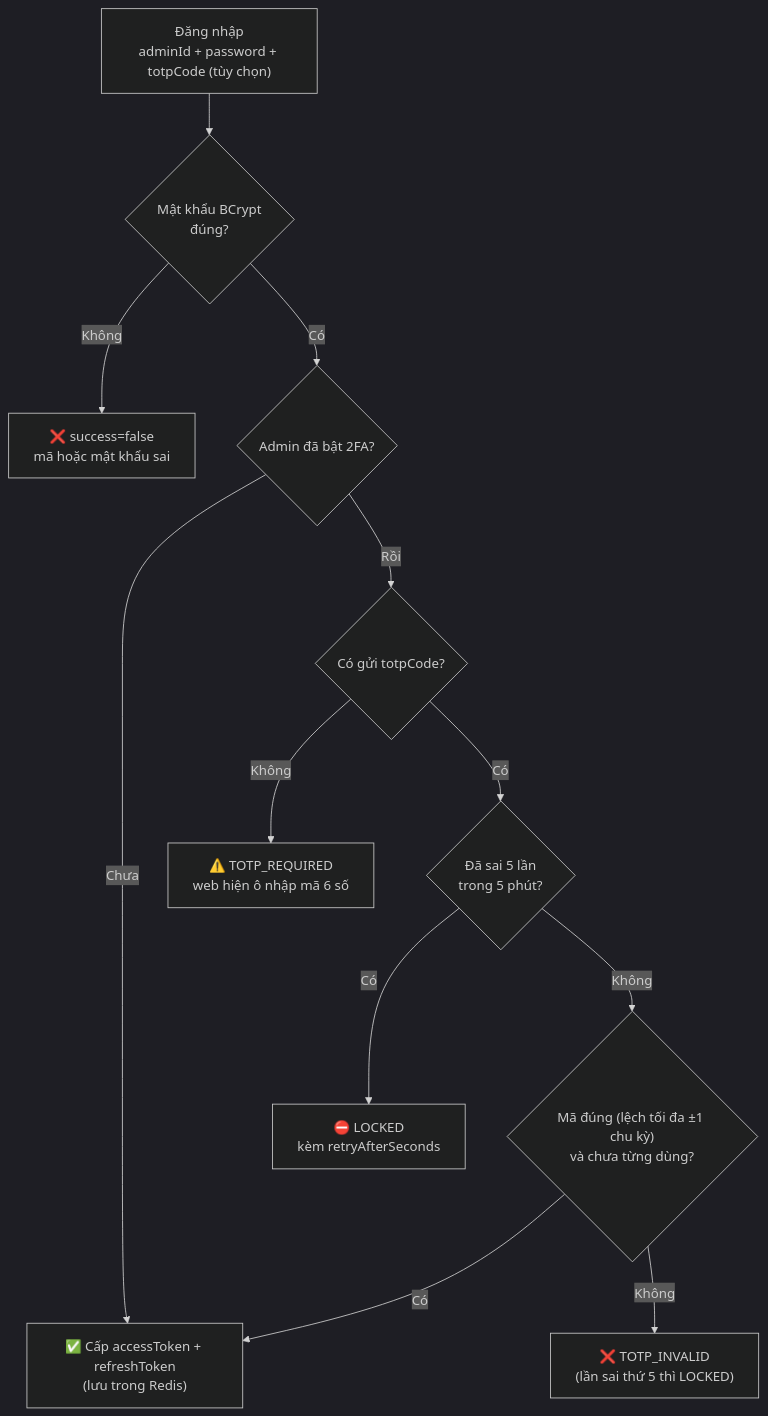
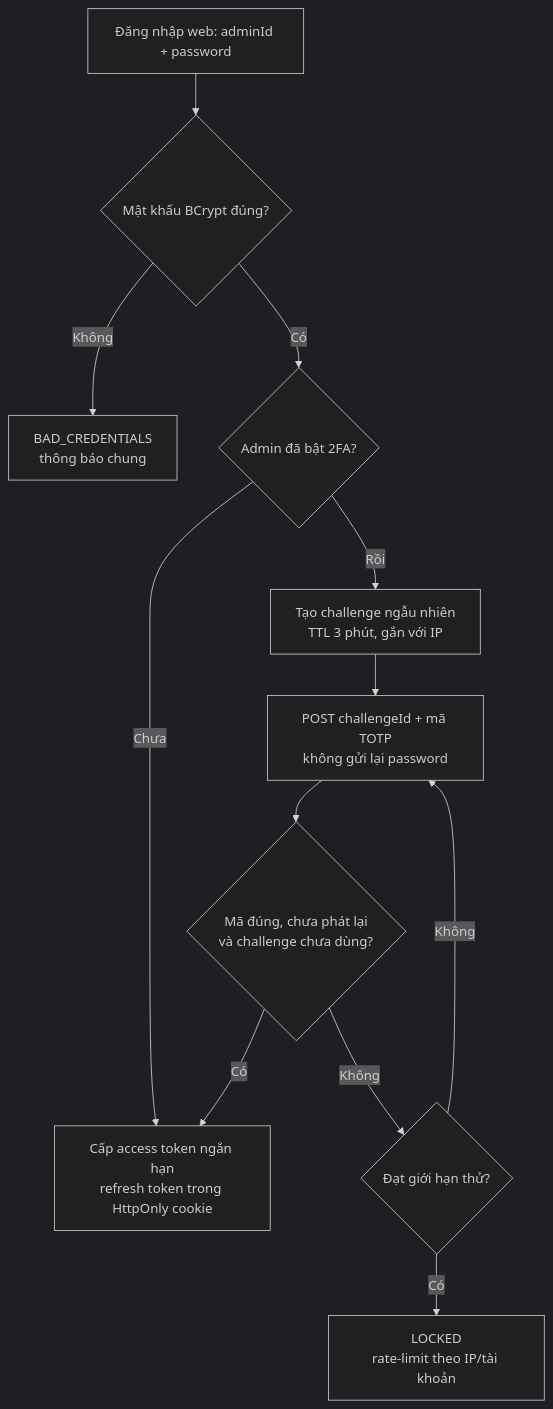
One commit to penduricha/totp-2fa-authentication changed the second of 3 diagrams in README.md. Above: the diagram before and after it, drawn with Mermaid (dark theme). The commit also changed other lines of this file and 27 other files, not shown here.

Commit message:
Harden web TOTP login and refresh sessions

````diff
--- a/README.md
+++ b/README.md
@@ -75,14 +75,14 @@
 ```mermaid
 flowchart TD
-    A["Đăng nhập<br/>adminId + password + totpCode (tùy chọn)"] --> B{"Mật khẩu BCrypt<br/>đúng?"}
-    B -- Không --> X1["❌ success=false<br/>mã hoặc mật khẩu sai"]
+    A["Đăng nhập web: adminId + password"] --> B{"Mật khẩu BCrypt đúng?"}
+    B -- Không --> X1["BAD_CREDENTIALS<br/>thông báo chung"]
     B -- Có --> C{"Admin đã bật 2FA?"}
-    C -- Chưa --> OK["✅ Cấp accessToken + refreshToken<br/>(lưu trong Redis)"]
-    C -- Rồi --> D{"Có gửi totpCode?"}
-    D -- Không --> X2["⚠️ TOTP_REQUIRED<br/>web hiện ô nhập mã 6 số"]
-    D -- Có --> E{"Đã sai 5 lần<br/>trong 5 phút?"}
-    E -- Có --> X3["⛔ LOCKED<br/>kèm retryAfterSeconds"]
-    E -- Không --> F{"Mã đúng (lệch tối đa ±1 chu kỳ)<br/>và chưa từng dùng?"}
-    F -- Có --> OK
-    F -- Không --> X4["❌ TOTP_INVALID<br/>(lần sai thứ 5 thì LOCKED)"]
+    C -- Chưa --> OK["Cấp access token ngắn hạn<br/>refresh token trong HttpOnly cookie"]
+    C -- Rồi --> D["Tạo challenge ngẫu nhiên<br/>TTL 3 phút, gắn với IP"]
+    D --> T["POST challengeId + mã TOTP<br/>không gửi lại password"]
+    T --> E{"Mã đúng, chưa phát lại<br/>và challenge chưa dùng?"}
+    E -- Có --> OK
+    E -- Không --> F{"Đạt giới hạn thử?"}
+    F -- Có --> L["LOCKED<br/>rate-limit theo IP/tài khoản"]
+    F -- Không --> T
 ```
````
